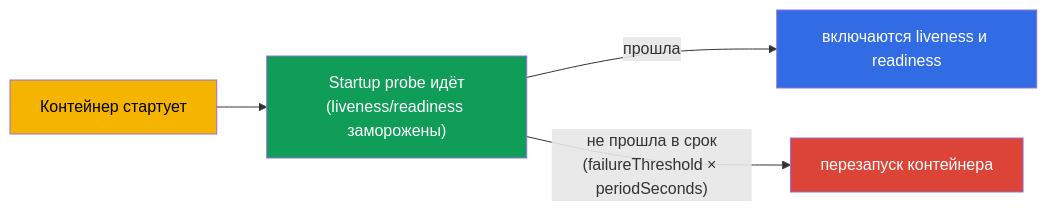
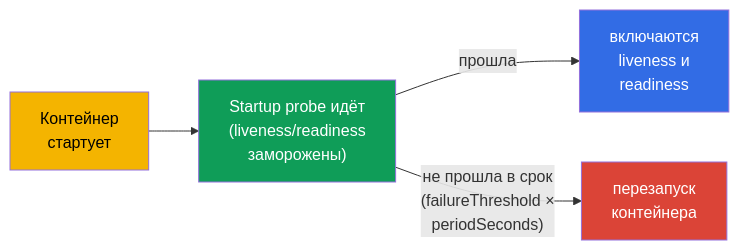
One commit to ViktorUJ/cks changed the fourth of 7 diagrams in tasks/cka/course/27/ru.md. Above: the diagram before and after it, drawn with Mermaid. The commit also changed other lines of this file and 30 other files, not shown here.

````diff
--- a/tasks/cka/course/27/ru.md
+++ b/tasks/cka/course/27/ru.md
@@ -115,10 +133,10 @@
 ```mermaid
 flowchart LR
-    start["Контейнер стартует"] --> sp["Startup probe идёт<br>(liveness/readiness заморожены)"]
-    sp -->|"прошла"| normal["включаются liveness и readiness"]
-    sp -->|"не прошла в срок<br>(failureThreshold × periodSeconds)"| kill["перезапуск контейнера"]
+    start["Контейнер<br>стартует"] --> sp["Startup probe идёт<br>(liveness/readiness<br>заморожены)"]
+    sp -->|"прошла"| normal["включаются<br>liveness и<br>readiness"]
+    sp -->|"не прошла в срок<br>(failureThreshold ×<br>periodSeconds)"| kill["перезапуск<br>контейнера"]
     style start fill:#f4b400,color:#000
     style sp fill:#0f9d58,color:#fff
     style normal fill:#326ce5,color:#fff
     style kill fill:#db4437,color:#fff
 ```
````
